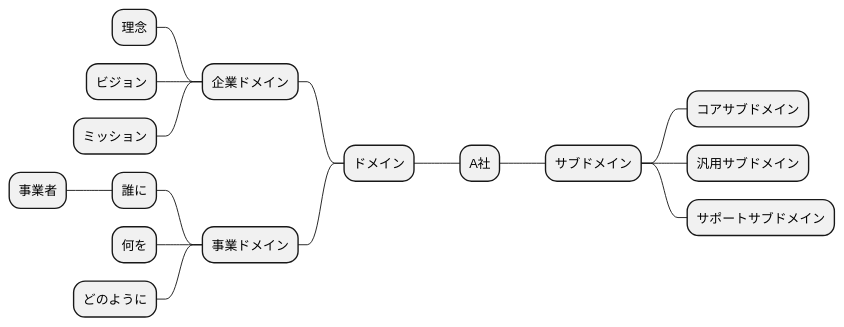
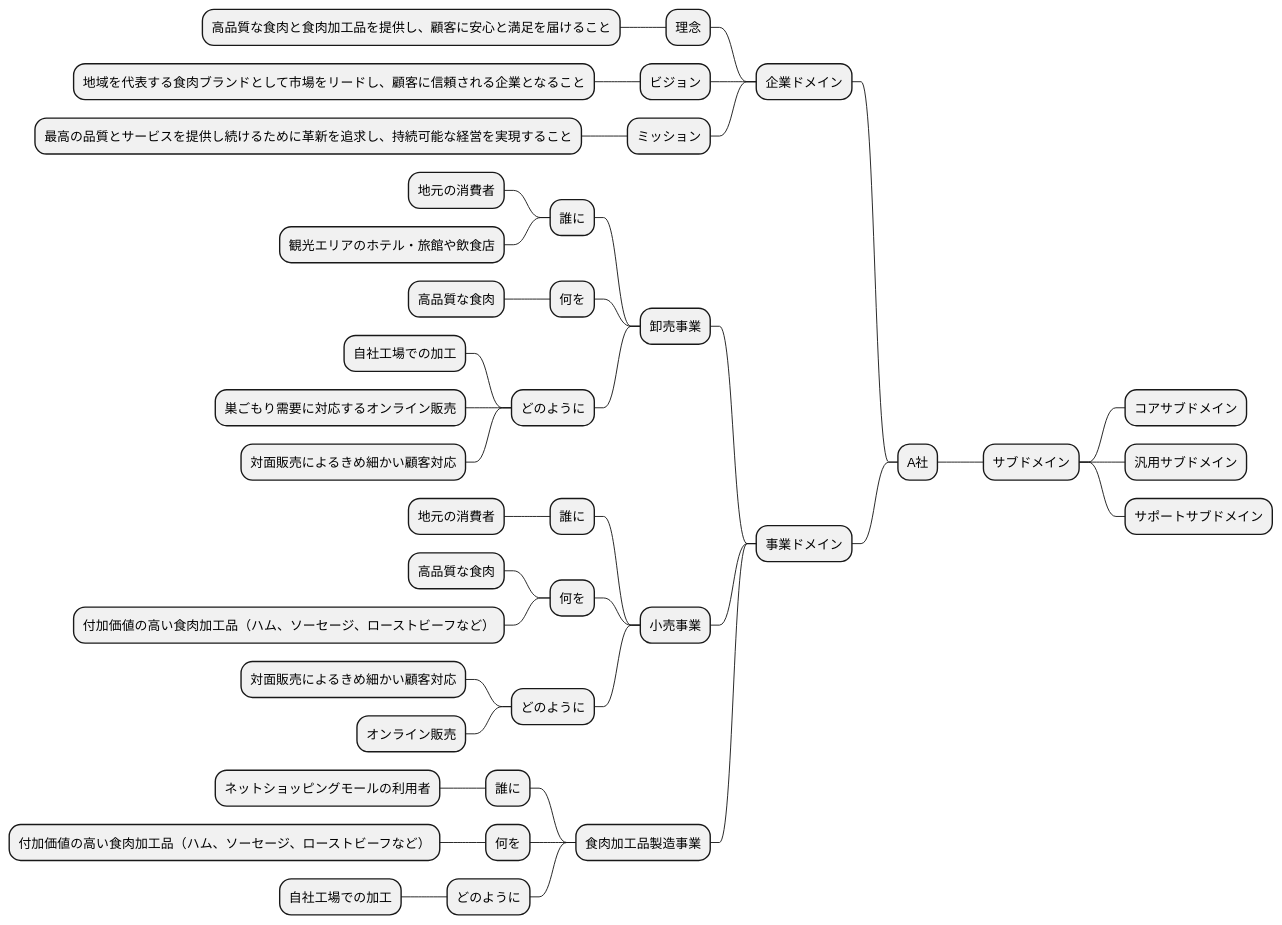
Before and after one commit to k2works/case-sutudy-business-analysis: diagram 12 of 15 in docs/case/r04_case_2.adoc, drawn with PlantUML. The commit also changed other lines of this file, not shown here.

```diff
--- a/docs/case/r04_case_2.adoc
+++ b/docs/case/r04_case_2.adoc
@@ -367,22 +578,46 @@
 [plantuml]
 ----
 @startmindmap
 
 * A社
--- ドメイン
---- 企業ドメイン
----- 理念
----- ビジョン
----- ミッション
---- 事業ドメイン
+-- 企業ドメイン
+--- 理念
+---- 高品質な食肉と食肉加工品を提供し、顧客に安心と満足を届けること
+--- ビジョン
+---- 地域を代表する食肉ブランドとして市場をリードし、顧客に信頼される企業となること
+--- ミッション
+---- 最高の品質とサービスを提供し続けるために革新を追求し、持続可能な経営を実現すること
+-- 事業ドメイン
+--- 卸売事業
 ---- 誰に
------ 事業者
+----- 地元の消費者
+----- 観光エリアのホテル・旅館や飲食店
 ---- 何を
+----- 高品質な食肉
 ---- どのように
+----- 自社工場での加工
+----- 巣ごもり需要に対応するオンライン販売
+----- 対面販売によるきめ細かい顧客対応
+--- 小売事業
+---- 誰に
+----- 地元の消費者
+---- 何を
+----- 高品質な食肉
+----- 付加価値の高い食肉加工品（ハム、ソーセージ、ローストビーフなど）
+---- どのように
+----- 対面販売によるきめ細かい顧客対応
+----- オンライン販売
+--- 食肉加工品製造事業
+---- 誰に
+----- ネットショッピングモールの利用者
+---- 何を
+----- 付加価値の高い食肉加工品（ハム、ソーセージ、ローストビーフなど）
+---- どのように
+----- 自社工場での加工
 ** サブドメイン
 *** コアサブドメイン
 *** 汎用サブドメイン
 *** サポートサブドメイン
 
 @endmindmap
 ----
```
